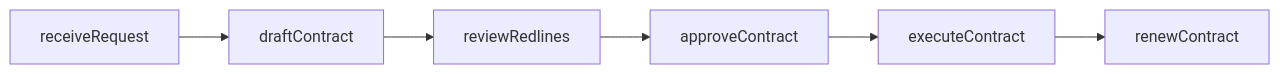
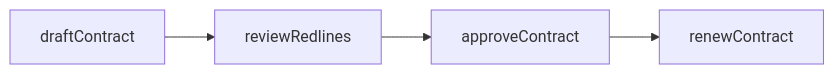
The first of 2 diagrams in LegalCompliance/CommercialLegal.mdx (dot-org-ai/departments.org.ai), drawn with Mermaid before and after one commit. The commit also changed 7 other files, not shown here.

````diff
--- a/LegalCompliance/CommercialLegal.mdx
+++ b/LegalCompliance/CommercialLegal.mdx
@@ -81,8 +81,6 @@
 ```mermaid
 graph LR
-  receiveRequest --> draftContract
   draftContract --> reviewRedlines
   reviewRedlines --> approveContract
-  approveContract --> executeContract
-  executeContract --> renewContract
+  approveContract --> renewContract
 ```
````
